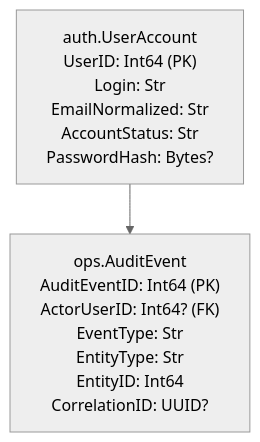
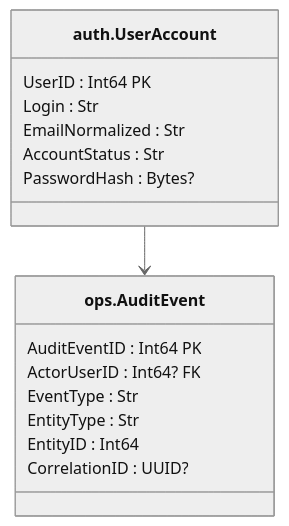
One commit to lkeey/BIVT-labs changed diagram 15 of 15 in 03SQL-CourseWork/architecture/database-model.md. Above: the diagram before and after it, drawn with Mermaid (neutral theme). The commit also changed other lines of this file, not shown here.

Commit message:
docs: center database table titles in diagrams

```diff
--- a/03SQL-CourseWork/architecture/database-model.md
+++ b/03SQL-CourseWork/architecture/database-model.md
@@ -203,6 +604,20 @@
 ~~~mermaid
-flowchart TB
-    U["auth.UserAccount<br/>UserID: Int64 (PK)<br/>Login: Str<br/>EmailNormalized: Str<br/>AccountStatus: Str<br/>PasswordHash: Bytes?"]
-    A["ops.AuditEvent<br/>AuditEventID: Int64 (PK)<br/>ActorUserID: Int64? (FK)<br/>EventType: Str<br/>EntityType: Str<br/>EntityID: Int64<br/>CorrelationID: UUID?"]
+classDiagram
+    direction TB
+    class U["auth.UserAccount"] {
+        UserID : Int64 PK
+        Login : Str
+        EmailNormalized : Str
+        AccountStatus : Str
+        PasswordHash : Bytes?
+    }
+    class A["ops.AuditEvent"] {
+        AuditEventID : Int64 PK
+        ActorUserID : Int64? FK
+        EventType : Str
+        EntityType : Str
+        EntityID : Int64
+        CorrelationID : UUID?
+    }
     U --> A
 ~~~
```
